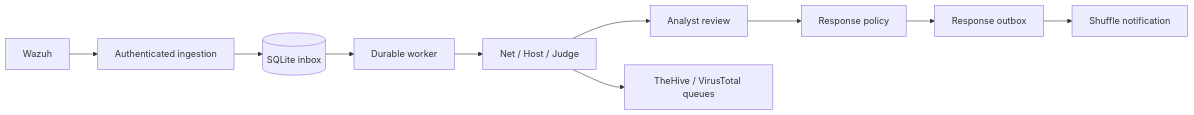
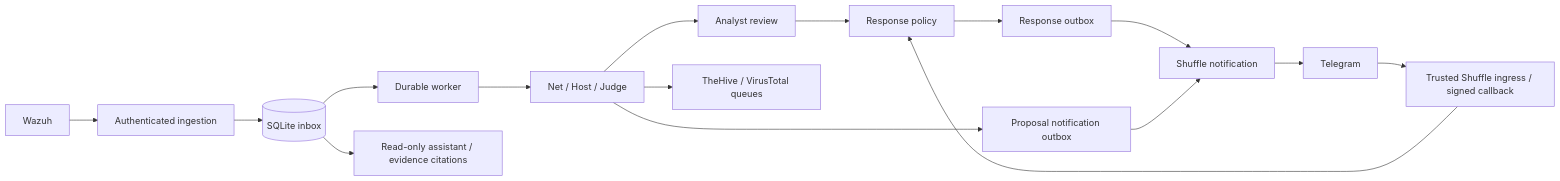
Before and after one commit to boi1707/AgentSOC: the diagram in README.md, drawn with Mermaid. The commit also changed other lines of this file, not shown here.

Commit message:
docs: describe merged AI assistant and verified CI in README

````diff
--- a/README.md
+++ b/README.md
@@ -54,12 +74,18 @@
 ```mermaid
 flowchart LR
     W[Wazuh] --> A[Authenticated ingestion]
     A --> D[(SQLite inbox)]
     D --> K[Durable worker]
     K --> I[Net / Host / Judge]
     I --> R[Analyst review]
     R --> P[Response policy]
     I --> T[TheHive / VirusTotal queues]
     P --> O[Response outbox]
     O --> S[Shuffle notification]
+    D --> Q[Read-only assistant / evidence citations]
+    I --> N[Proposal notification outbox]
+    N --> S
+    S --> TG[Telegram]
+    TG --> C[Trusted Shuffle ingress / signed callback]
+    C --> P
 ```
````
